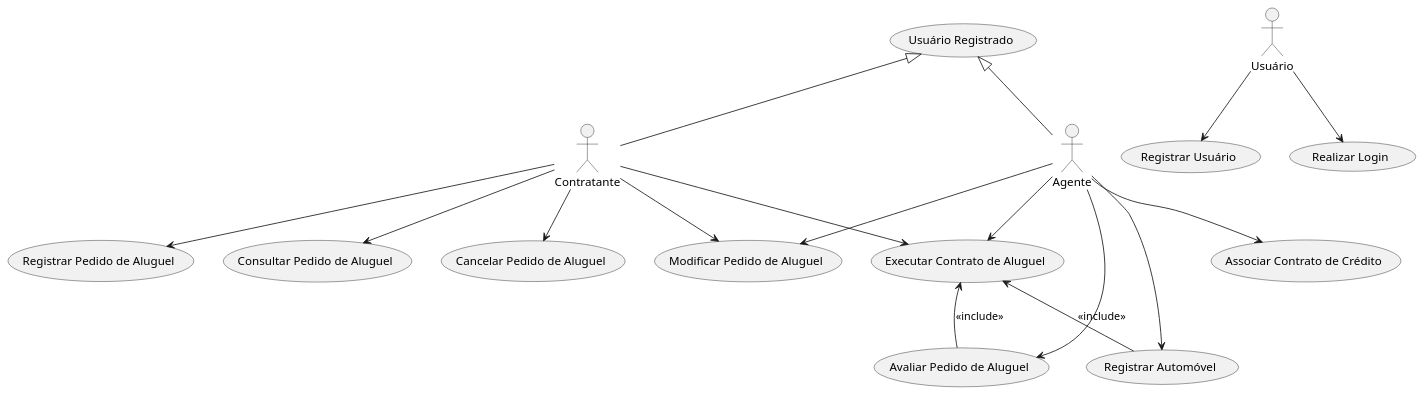
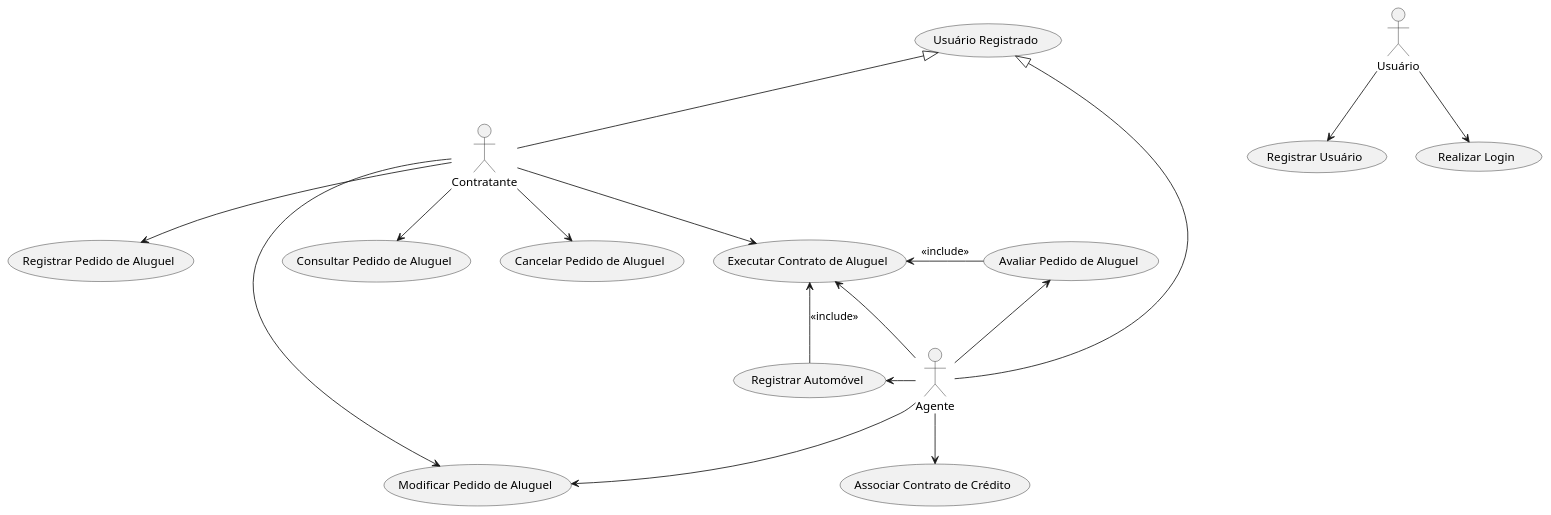
One commit to diascw/sistema-aluguel-de-carros changed the diagram in projeto/Diagramas/diagrama-caso-de-uso.puml. Above: the diagram before and after it, drawn with PlantUML.

Commit message:
atualização

```diff
--- a/projeto/Diagramas/diagrama-caso-de-uso.puml
+++ b/projeto/Diagramas/diagrama-caso-de-uso.puml
@@ -1,40 +1,40 @@
 @startuml
 top to bottom direction
 
 actor Contratante
 actor Agente
 actor Usuário
 
 (Usuário Registrado) <|-- (Contratante)
 (Usuário Registrado) <|-- (Agente)
 
 (Registrar Usuário) 
 (Realizar Login)
 
 (Registrar Pedido de Aluguel)
 (Modificar Pedido de Aluguel)
 (Consultar Pedido de Aluguel)
 (Cancelar Pedido de Aluguel)
 (Executar Contrato de Aluguel)
 (Avaliar Pedido de Aluguel)
 (Registrar Automóvel)
 (Associar Contrato de Crédito)
 
 Usuário --> (Registrar Usuário)
 Usuário --> (Realizar Login)
 
 Contratante --> (Registrar Pedido de Aluguel)
 Contratante --> (Modificar Pedido de Aluguel)
 Contratante --> (Consultar Pedido de Aluguel)
 Contratante --> (Cancelar Pedido de Aluguel)
 Contratante --> (Executar Contrato de Aluguel)
 
 Agente --> (Avaliar Pedido de Aluguel)
 Agente --> (Modificar Pedido de Aluguel)
 Agente --> (Executar Contrato de Aluguel)
-Agente --> (Registrar Automóvel)
+Agente -left-> (Registrar Automóvel)
 Agente --> (Associar Contrato de Crédito)
 
-(Executar Contrato de Aluguel) <-- (Avaliar Pedido de Aluguel): <<include>>
+(Executar Contrato de Aluguel) <-left- (Avaliar Pedido de Aluguel): <<include>>
 (Executar Contrato de Aluguel) <-- (Registrar Automóvel): <<include>>
 @enduml
```
